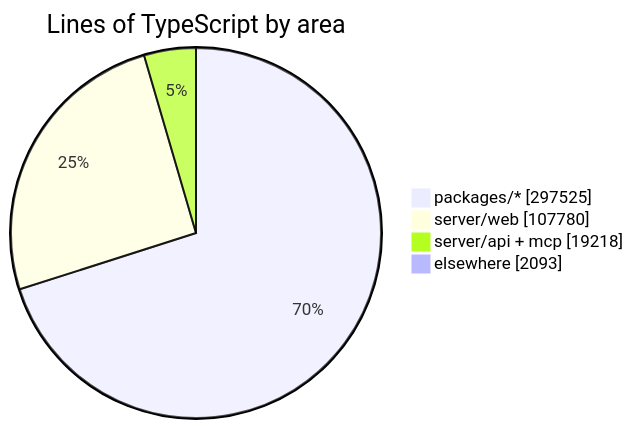
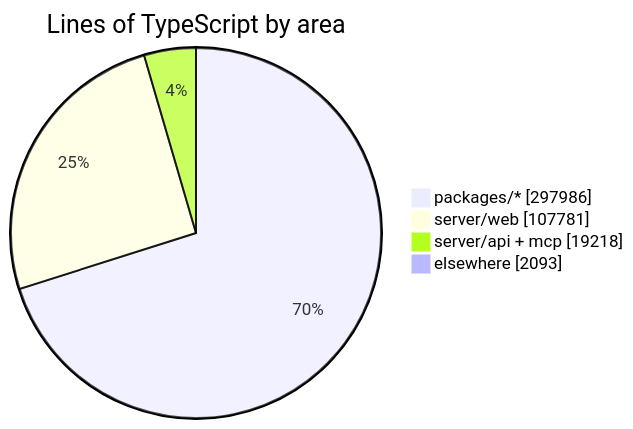
One commit to crossworks-engineering/mantle changed the diagram in README.md. Above: the diagram before and after it, drawn with Mermaid. The commit also changed other lines of this file and 2 other files, not shown here.

````diff
--- a/README.md
+++ b/README.md
@@ -294,7 +294,7 @@
 ```mermaid
 pie showData title Lines of TypeScript by area
-    "packages/*" : 297525
-    "server/web" : 107780
+    "packages/*" : 297986
+    "server/web" : 107781
     "server/api + mcp" : 19218
     "elsewhere" : 2093
 ```
````
